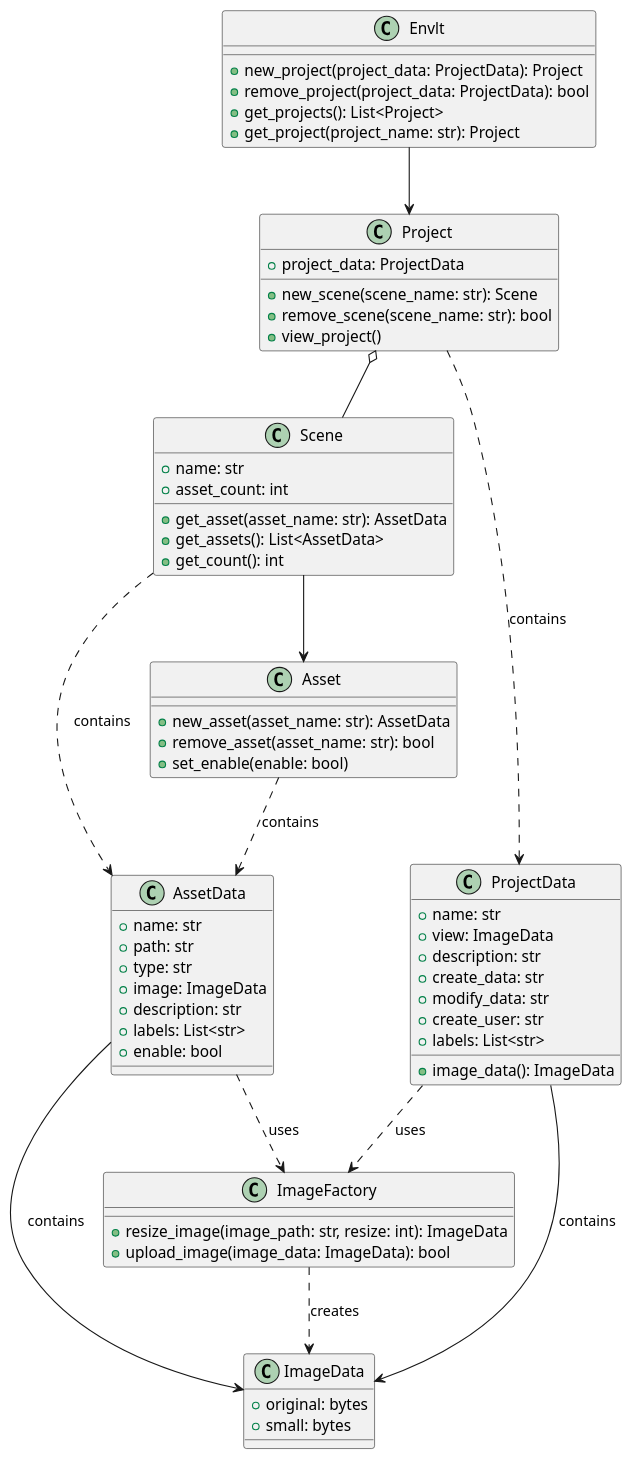
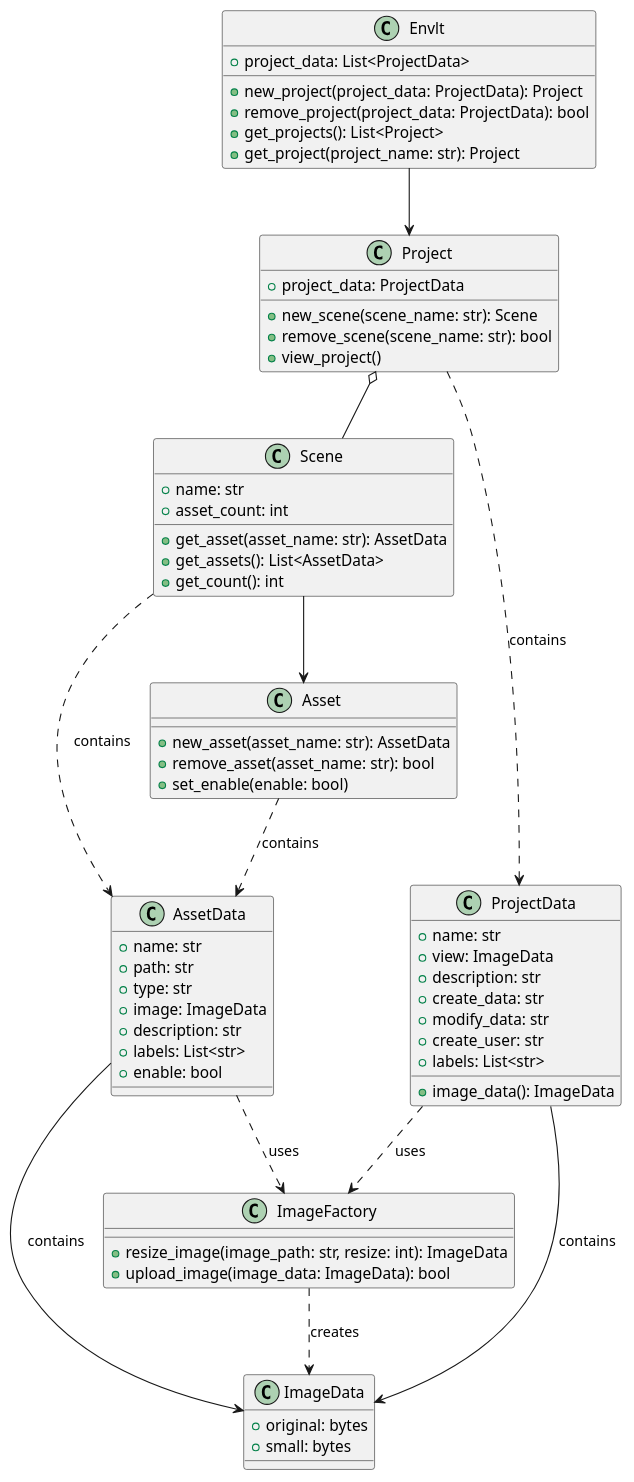
The diagram in docs/uml/Envlt.puml (KevinShuo/Envlt), drawn with PlantUML before and after one commit. The commit also changed 16 other files, not shown here.

```diff
--- a/docs/uml/Envlt.puml
+++ b/docs/uml/Envlt.puml
@@ -1,71 +1,72 @@
 @startuml
 class Envlt {
+    + project_data: List<ProjectData>
     + new_project(project_data: ProjectData): Project
     + remove_project(project_data: ProjectData): bool
     + get_projects(): List<Project>
     + get_project(project_name: str): Project
 }
 
 class Project {
     + project_data: ProjectData
     + new_scene(scene_name: str): Scene
     + remove_scene(scene_name: str): bool
     + view_project()
 }
 
 class Scene {
     + name: str
     + asset_count: int
     + get_asset(asset_name: str): AssetData
     + get_assets(): List<AssetData>
     + get_count(): int
 }
 class Asset{
     + new_asset(asset_name: str): AssetData
     + remove_asset(asset_name: str): bool
     + set_enable(enable: bool)
 }
 
 class AssetData {
     + name: str
     + path: str
     + type: str
     + image: ImageData
     + description: str
     + labels: List<str>
     + enable: bool
 }
 
 class ProjectData {
     + name: str
     + view: ImageData
     + description: str
     + create_data: str
     + modify_data: str
     + create_user: str
     + labels: List<str>
     + image_data(): ImageData
 }
 
 class ImageFactory {
     + resize_image(image_path: str, resize: int): ImageData
     + upload_image(image_data: ImageData): bool
 }
 
 class ImageData {
     + original: bytes
     + small: bytes
 }
 
 Envlt --> Project
 Project o-- Scene
 ProjectData --> ImageData: contains
 Project ..> ProjectData: contains
 ImageFactory ..> ImageData: creates
 ProjectData ..> ImageFactory: uses
 Scene --> Asset
 Scene ..> AssetData: contains
 Asset ..> AssetData: contains
 AssetData ..> ImageFactory: uses
 AssetData --> ImageData: contains
 @enduml
```
